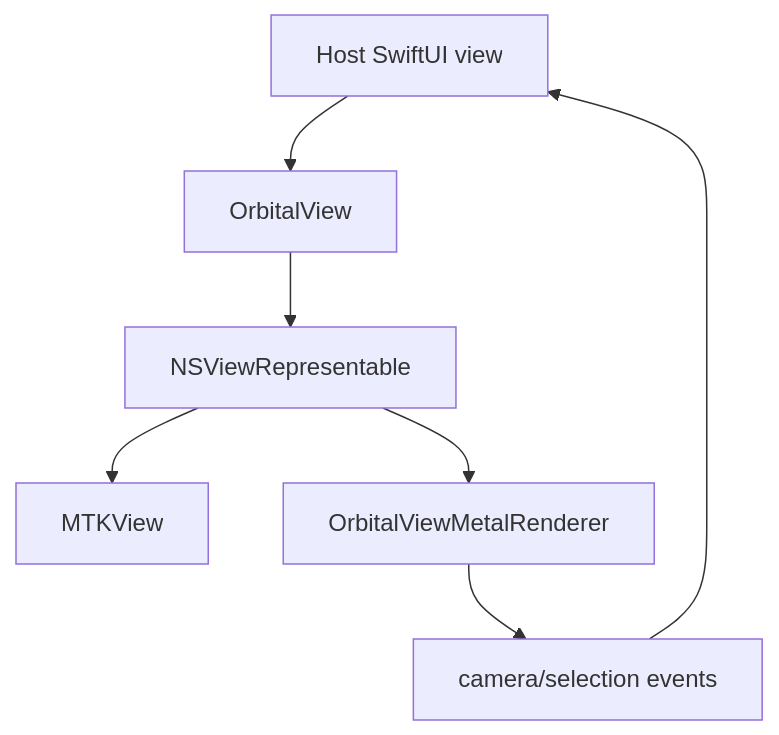
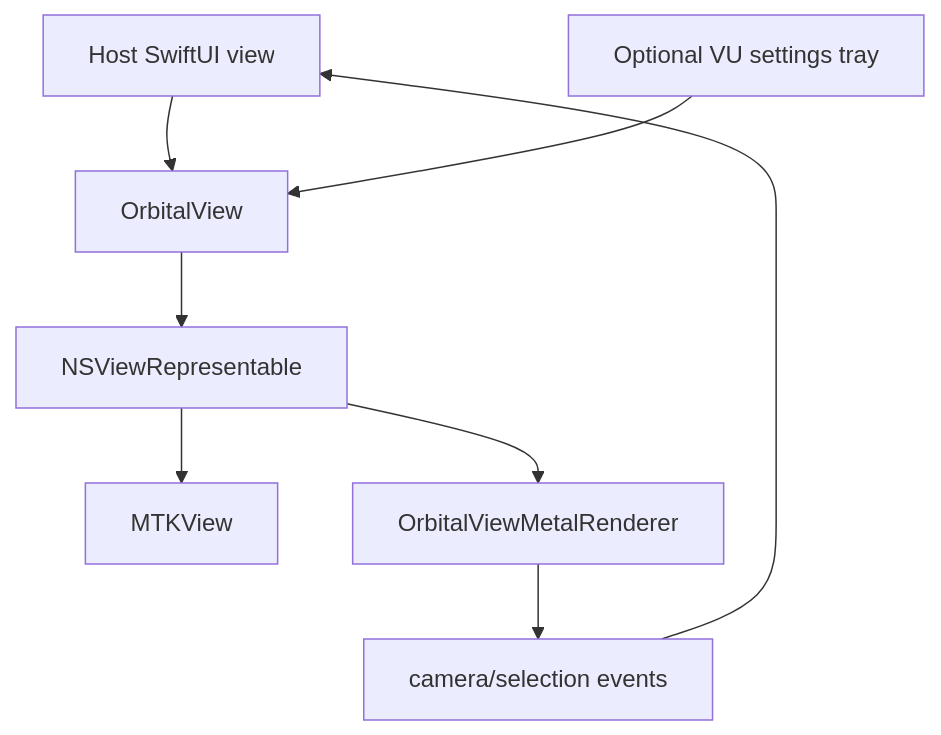
Before and after one commit to jebagu/orbital-view: the seventh of 9 diagrams in docs/system-flows.md, drawn with Mermaid. The commit also changed other lines of this file and 25 other files, not shown here.

Commit message:
checkpoint: preserve current Orbital View VU Kit implementation state

````diff
--- a/docs/system-flows.md
+++ b/docs/system-flows.md
@@ -80,9 +82,10 @@
 ```mermaid
 flowchart TD
   HostView["Host SwiftUI view"] --> OrbitalView["OrbitalView"]
+  Tray["Optional VU settings tray"] --> OrbitalView
   OrbitalView --> Bridge["NSViewRepresentable"]
   Bridge --> MTKView["MTKView"]
   Bridge --> Renderer["OrbitalViewMetalRenderer"]
   Renderer --> Events["camera/selection events"]
   Events --> HostView
 ```
````
